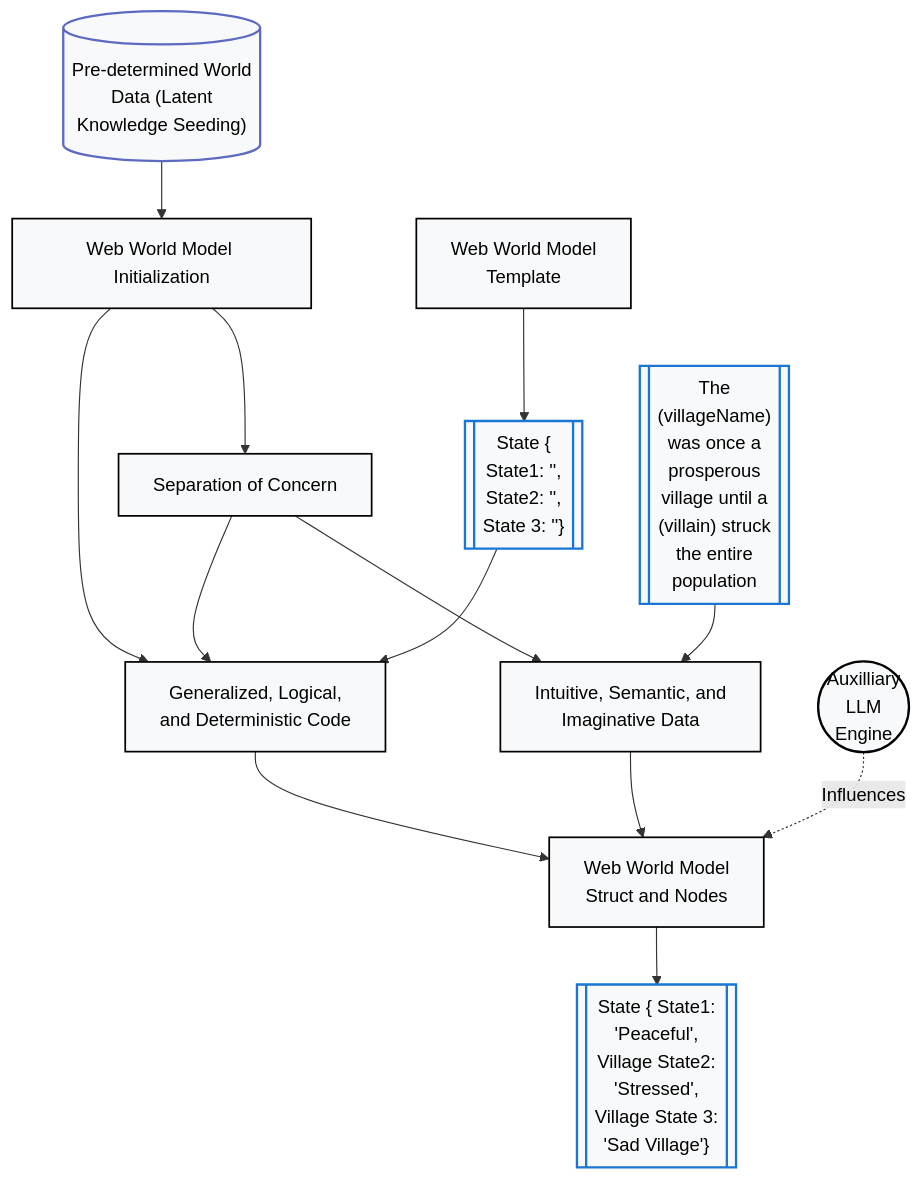
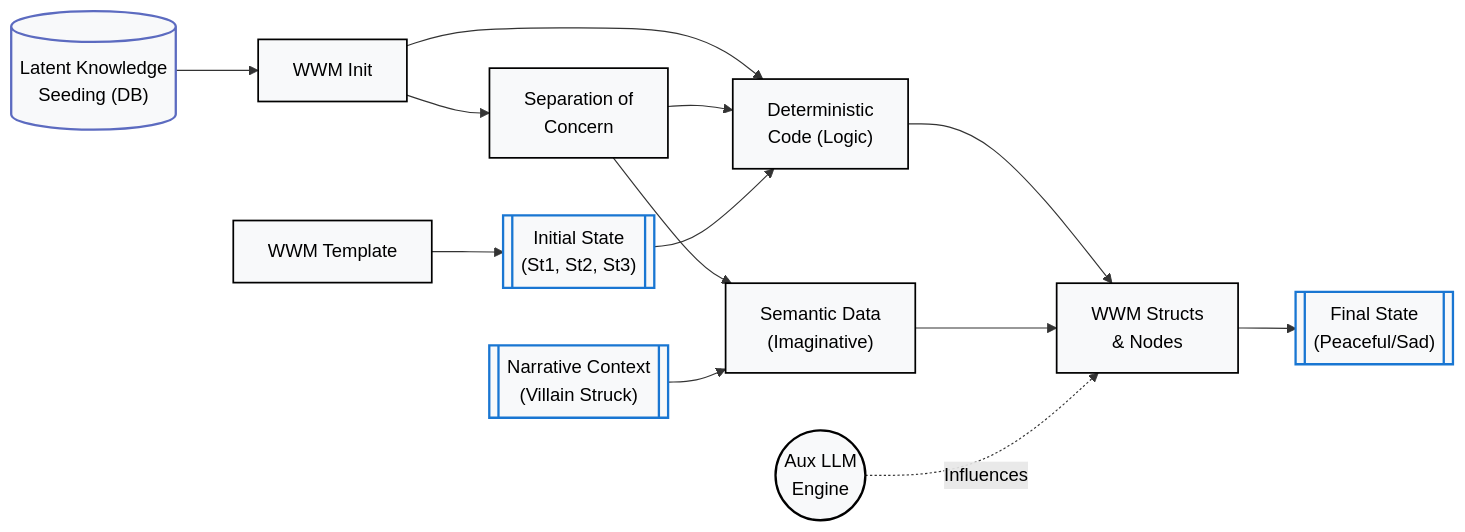
The first of 3 diagrams in ARCHITECTURE.md (ajlrza/Immersia), drawn with Mermaid before and after one commit. The commit also changed other lines of this file, not shown here.

First line of the commit message:
Revise architecture diagrams in ARCHITECTURE.md

````diff
--- a/ARCHITECTURE.md
+++ b/ARCHITECTURE.md
@@ -4,43 +2,27 @@
 ```mermaid
-graph TD
-    classDef default fill:#f8f9fa,stroke:black,stroke-width:1.5px,color:black;
-    classDef database fill:#f8f9fa,stroke:#5c6bc0,stroke-width:2px,color:black;
-    classDef stateDoc fill:#f8f9fa,stroke:#1976d2,stroke-width:2px,color:black;
-    classDef engine fill:#f8f9fa,stroke:black,stroke-width:2px,color:black;
+graph LR
+classDef default fill:#f8f9fa,stroke:black,stroke-width:1.5px,color:black;
+classDef db fill:#f8f9fa,stroke:#5c6bc0,stroke-width:2px,color:black;
+classDef doc fill:#f8f9fa,stroke:#1976d2,stroke-width:2px,color:black;
+classDef eng fill:#f8f9fa,stroke:black,stroke-width:2px,color:black;
 
-    A[("Pre-determined World<br/>Data (Latent<br/>Knowledge Seeding)")]:::database
-    B["Web World Model Initialization"]:::default
-    C["Separation of Concern"]:::default
-    D["Generalized, Logical,<br/>and Deterministic Code"]:::default
-    E["Intuitive, Semantic, and<br/>Imaginative Data"]:::default
-    F["Web World Model<br/>Template"]:::default
-    
-    G[["State {<br/>State1: '',<br/>State2: '',<br/>State 3: ''}"]]:::stateDoc
-    H[["The<br/>(villageName)<br/>was once a<br/>prosperous<br/>village until a<br/>(villain) struck<br/>the entire<br/>population"]]:::stateDoc
-    I["Web World Model<br/>Struct and Nodes"]:::default
-    J(("Auxilliary<br/>LLM<br/>Engine")):::engine
-    K[["State { State1:<br/>'Peaceful',<br/>Village State2:<br/>'Stressed',<br/>Village State 3:<br/>'Sad Village'}"]]:::stateDoc
+A[("Latent Knowledge<br/>Seeding (DB)")]:::db
+B["WWM Init"]:::default
+C["Separation of<br/>Concern"]:::default
+D["Deterministic<br/>Code (Logic)"]:::default
+E["Semantic Data<br/>(Imaginative)"]:::default
+F["WWM Template"]:::default
+G[["Initial State<br/>(St1, St2, St3)"]]:::doc
+H[["Narrative Context<br/>(Villain Struck)"]]:::doc
+I["WWM Structs<br/>& Nodes"]:::default
+J(("Aux LLM<br/>Engine")):::eng
+K[["Final State<br/>(Peaceful/Sad)"]]:::doc
 
-    A --> B
-    
-    B --> C
-    B --> D
-    
-    C --> D
-    C --> E
-    
-    F --> G
-    G --> D
-    
-    H --> E
-    
-    D --> I
-    E --> I
-    
-    J -. "Influences" .-> I
-    
-    I --> K
-
-    linkStyle default color:black;
-
+A --> B --> C & D
+C --> D & E
+F --> G --> D
+H --> E
+D & E --> I
+J -. Influences .-> I --> K
+linkStyle default color:black;
 ```
````
